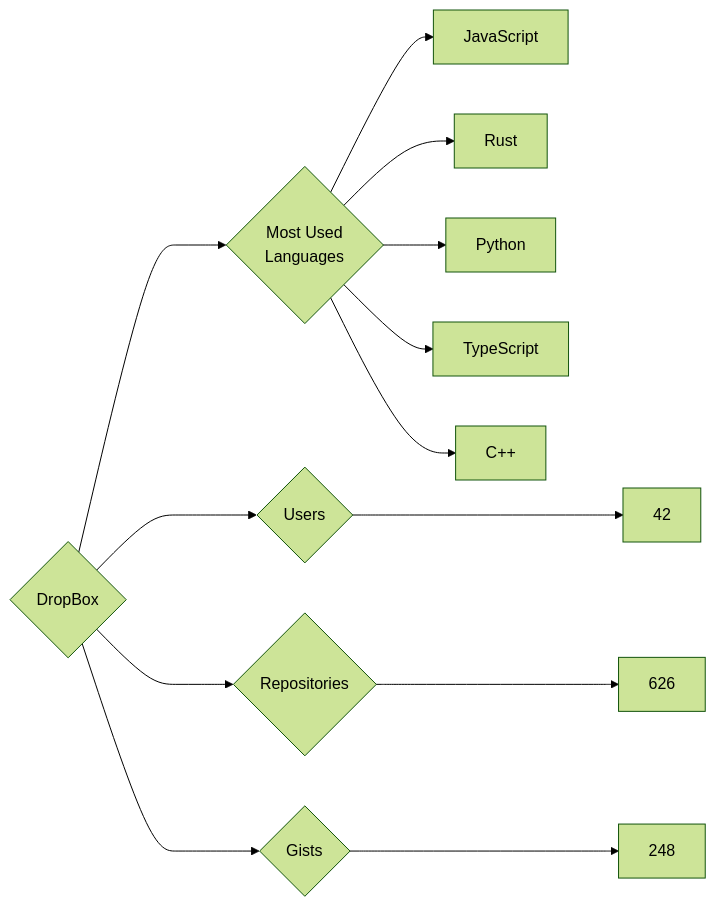
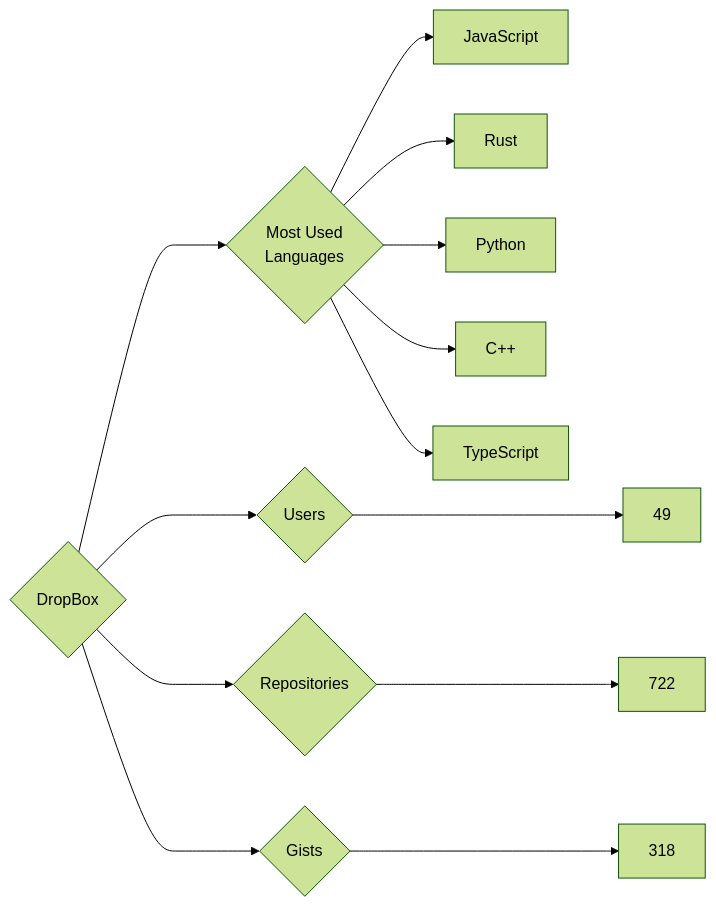
The diagram in targets/DropBox/README.md (trickest/insiders), drawn with Mermaid (forest theme) before and after one commit. The commit also changed 721 other files, not shown here.

````diff
--- a/targets/DropBox/README.md
+++ b/targets/DropBox/README.md
@@ -3,13 +3,13 @@
 ```mermaid
 graph LR
 COMPANY_NAME{DropBox}
-COMPANY_NAME ---> U{Users} ---> UN[42]
-COMPANY_NAME ---> R{Repositories} ---> RN[626]
-COMPANY_NAME ---> G{Gists} ---> GN[248]
+COMPANY_NAME ---> U{Users} ---> UN[49]
+COMPANY_NAME ---> R{Repositories} ---> RN[722]
+COMPANY_NAME ---> G{Gists} ---> GN[318]
 COMPANY_NAME ---> ML{Most Used<br>Languages}
 ML --> JavaScript[JavaScript]
 ML --> Rust[Rust]
 ML --> Python[Python]
+ML --> C++[C++]
 ML --> TypeScript[TypeScript]
-ML --> C++[C++]
 ```
````
